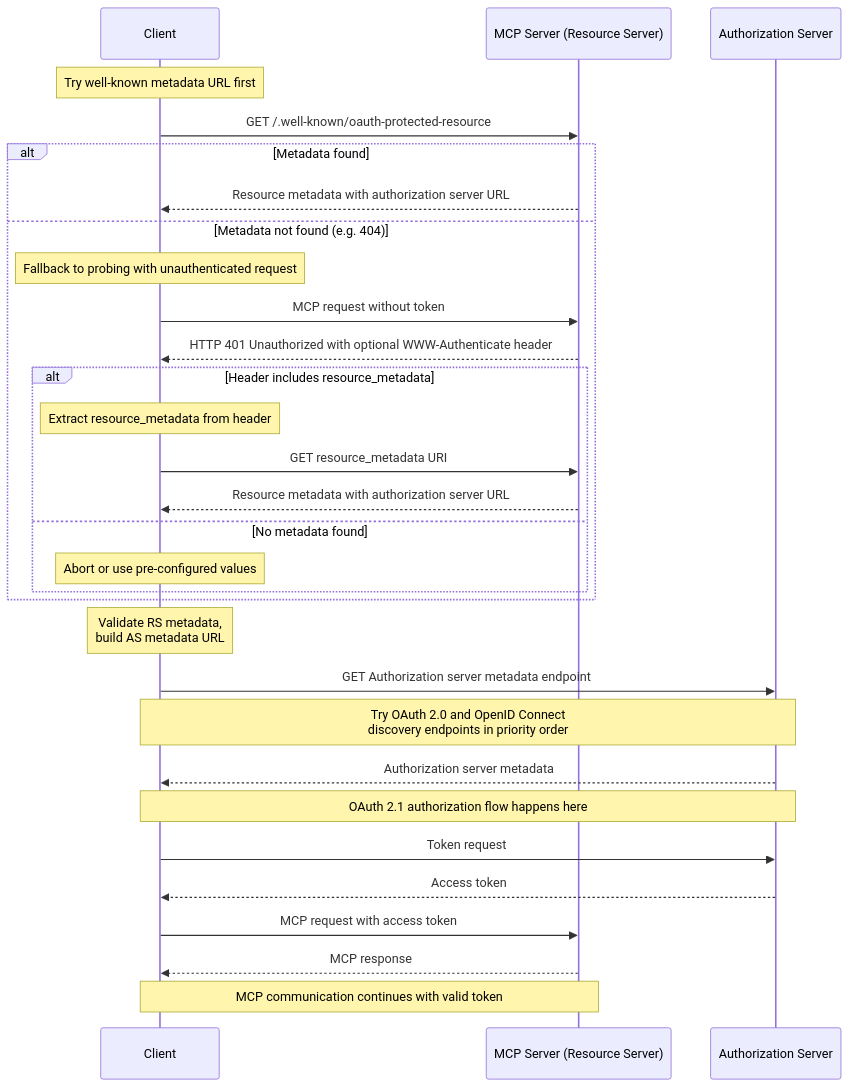
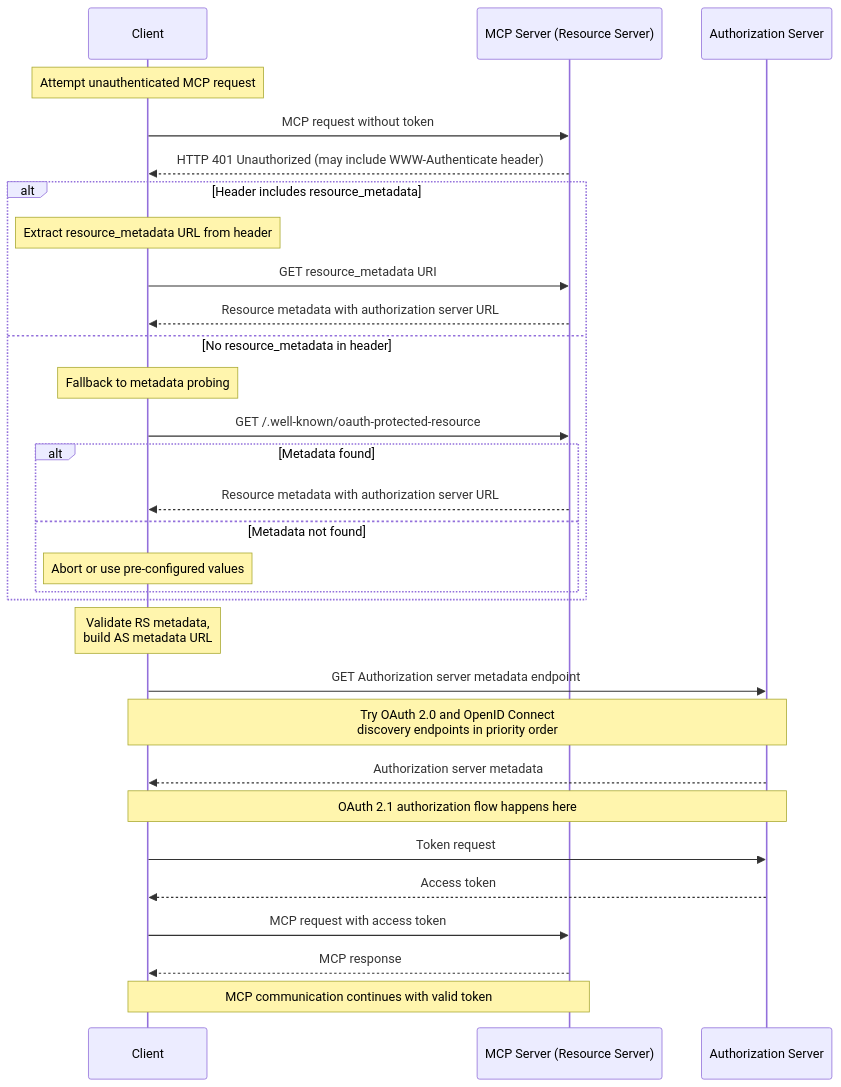
The first of 2 diagrams in docs/specification/draft/basic/authorization.mdx (modelcontextprotocol/modelcontextprotocol), drawn with Mermaid before and after one commit. The commit also changed other lines of this file, not shown here.

Commit message:
Updating the sequence diagram based on SEP changes

````diff
--- a/docs/specification/draft/basic/authorization.mdx
+++ b/docs/specification/draft/basic/authorization.mdx
@@ -118,38 +118,39 @@
 ```mermaid
 sequenceDiagram
     participant C as Client
     participant M as MCP Server (Resource Server)
     participant A as Authorization Server
 
-    Note over C: Try well-known metadata URL first
-    C->>M: GET /.well-known/oauth-protected-resource
-    alt Metadata found
+    Note over C: Attempt unauthenticated MCP request
+    C->>M: MCP request without token
+    M-->>C: HTTP 401 Unauthorized (may include WWW-Authenticate header)
+
+    alt Header includes resource_metadata
+        Note over C: Extract resource_metadata URL from header
+        C->>M: GET resource_metadata URI
         M-->>C: Resource metadata with authorization server URL
-    else Metadata not found (e.g. 404)
-        Note over C: Fallback to probing with unauthenticated request
-        C->>M: MCP request without token
-        M-->>C: HTTP 401 Unauthorized with optional WWW-Authenticate header
-        alt Header includes resource_metadata
-            Note over C: Extract resource_metadata from header
-            C->>M: GET resource_metadata URI
+    else No resource_metadata in header
+        Note over C: Fallback to metadata probing
+        C->>M: GET /.well-known/oauth-protected-resource
+        alt Metadata found
             M-->>C: Resource metadata with authorization server URL
-        else No metadata found
+        else Metadata not found
             Note over C: Abort or use pre-configured values
         end
     end
 
     Note over C: Validate RS metadata,<br />build AS metadata URL
 
     C->>A: GET Authorization server metadata endpoint
     Note over C,A: Try OAuth 2.0 and OpenID Connect<br/>discovery endpoints in priority order
     A-->>C: Authorization server metadata
 
     Note over C,A: OAuth 2.1 authorization flow happens here
 
     C->>A: Token request
     A-->>C: Access token
 
     C->>M: MCP request with access token
     M-->>C: MCP response
     Note over C,M: MCP communication continues with valid token
 ```
````
